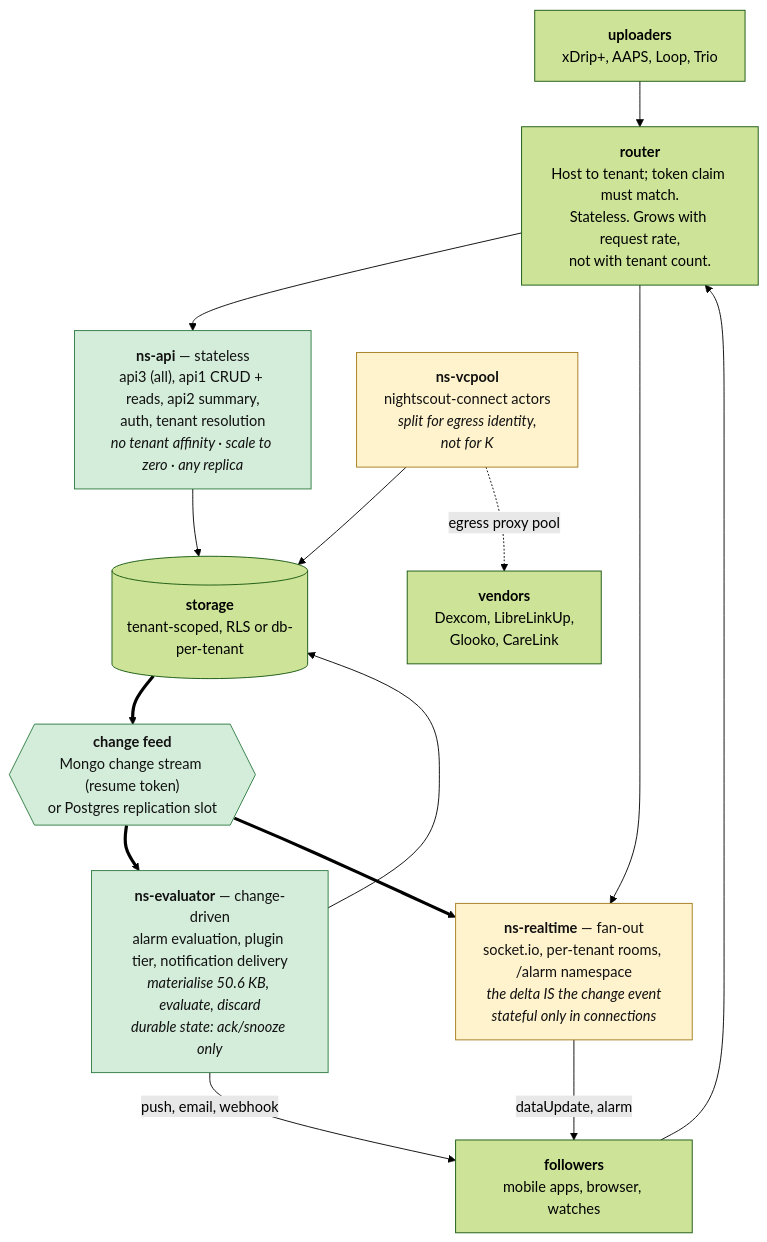
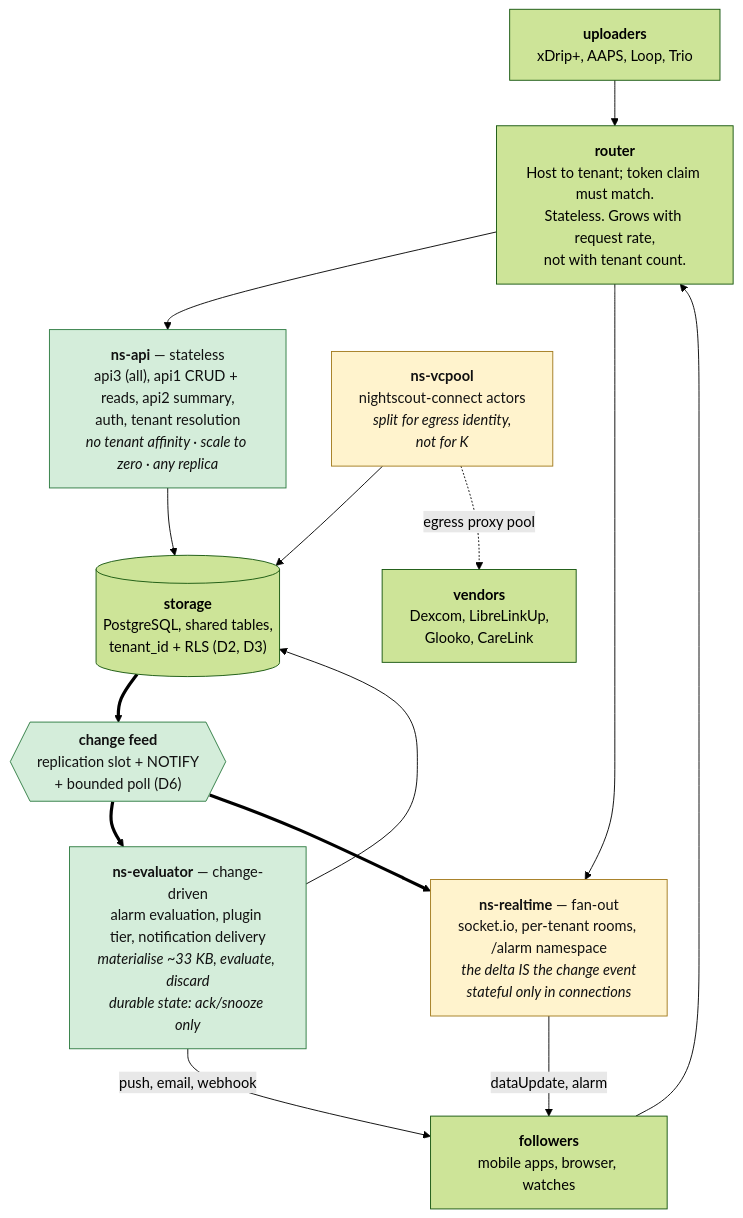
The diagram in docs/30-design/tenancy/nightscout-deployable-components-2026-09-14.md (bewest/rag-nightscout-ecosystem-alignment), drawn with Mermaid (forest theme) before and after one commit. The commit also changed other lines of this file and 112 other files, not shown here.

````diff
--- a/docs/30-design/tenancy/nightscout-deployable-components-2026-09-14.md
+++ b/docs/30-design/tenancy/nightscout-deployable-components-2026-09-14.md
@@ -131,35 +135,35 @@
 ```mermaid
 graph TB
     UP["<b>uploaders</b><br/>xDrip+, AAPS, Loop, Trio"]
     FOL["<b>followers</b><br/>mobile apps, browser, watches"]
     VENDOR["<b>vendors</b><br/>Dexcom, LibreLinkUp,<br/>Glooko, CareLink"]
 
     ROUTER["<b>router</b><br/>Host to tenant; token claim must match.<br/>Stateless. Grows with request rate,<br/>not with tenant count."]
 
     API["<b>ns-api</b> — stateless<br/>api3 (all), api1 CRUD + reads, api2 summary,<br/>auth, tenant resolution<br/><i>no tenant affinity · scale to zero · any replica</i>"]
-    EVAL["<b>ns-evaluator</b> — change-driven<br/>alarm evaluation, plugin tier, notification delivery<br/><i>materialise 50.6 KB, evaluate, discard</i><br/><i>durable state: ack/snooze only</i>"]
+    EVAL["<b>ns-evaluator</b> — change-driven<br/>alarm evaluation, plugin tier, notification delivery<br/><i>materialise ~33 KB, evaluate, discard</i><br/><i>durable state: ack/snooze only</i>"]
     RT["<b>ns-realtime</b> — fan-out<br/>socket.io, per-tenant rooms, /alarm namespace<br/><i>the delta IS the change event</i><br/><i>stateful only in connections</i>"]
     VC["<b>ns-vcpool</b><br/>nightscout-connect actors<br/><i>split for egress identity,<br/>not for K</i>"]
 
-    STORE[("<b>storage</b><br/>tenant-scoped, RLS or db-per-tenant")]
-    FEED{{"<b>change feed</b><br/>Mongo change stream (resume token)<br/>or Postgres replication slot"}}
+    STORE[("<b>storage</b><br/>PostgreSQL, shared tables,<br/>tenant_id + RLS (D2, D3)")]
+    FEED{{"<b>change feed</b><br/>replication slot + NOTIFY<br/>+ bounded poll (D6)"}}
 
     UP --> ROUTER --> API
     FOL --> ROUTER
     ROUTER --> RT
     API --> STORE
     VC --> STORE
     VC -.->|egress proxy pool| VENDOR
     STORE ==> FEED
     FEED ==> EVAL
     FEED ==> RT
     EVAL --> STORE
     EVAL -->|push, email, webhook| FOL
     RT -->|dataUpdate, alarm| FOL
 
     style API fill:#d4edda,stroke:#2c7a3f,color:#111
     style EVAL fill:#d4edda,stroke:#2c7a3f,color:#111
     style RT fill:#fff3cd,stroke:#a1791b,color:#111
     style VC fill:#fff3cd,stroke:#a1791b,color:#111
     style FEED fill:#d4edda,stroke:#2c7a3f,color:#111
 ```
````
